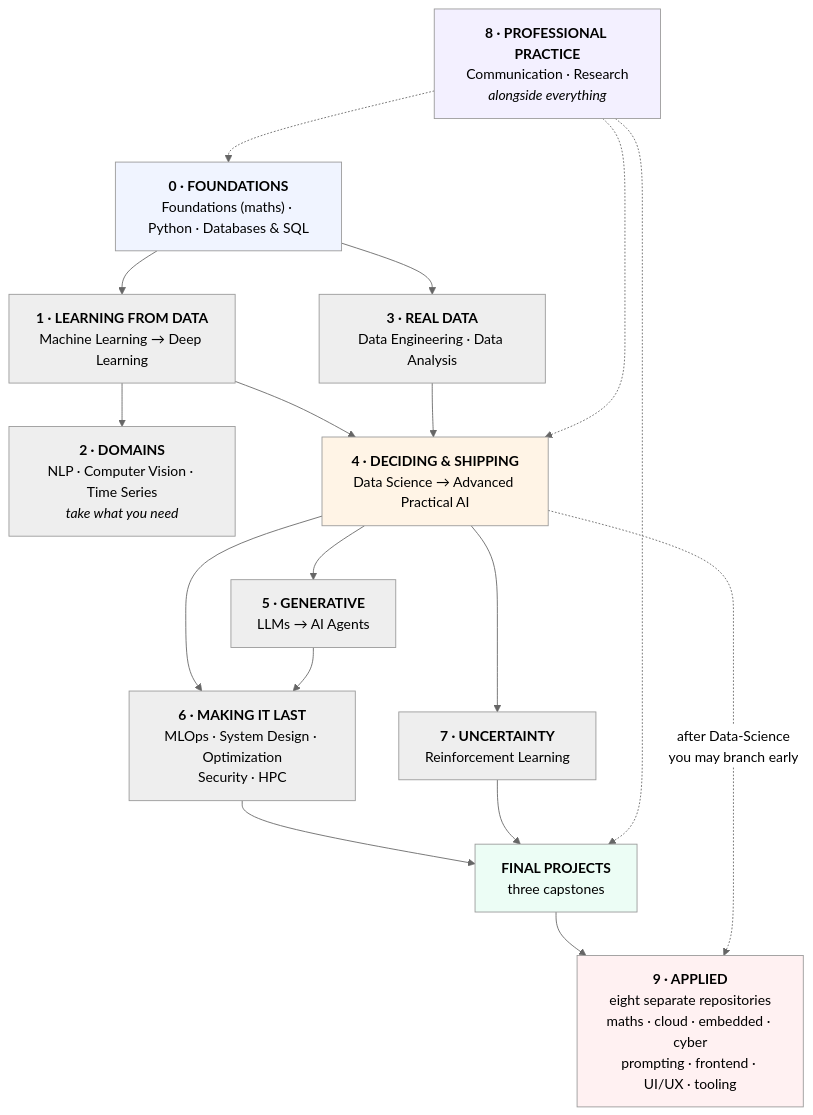
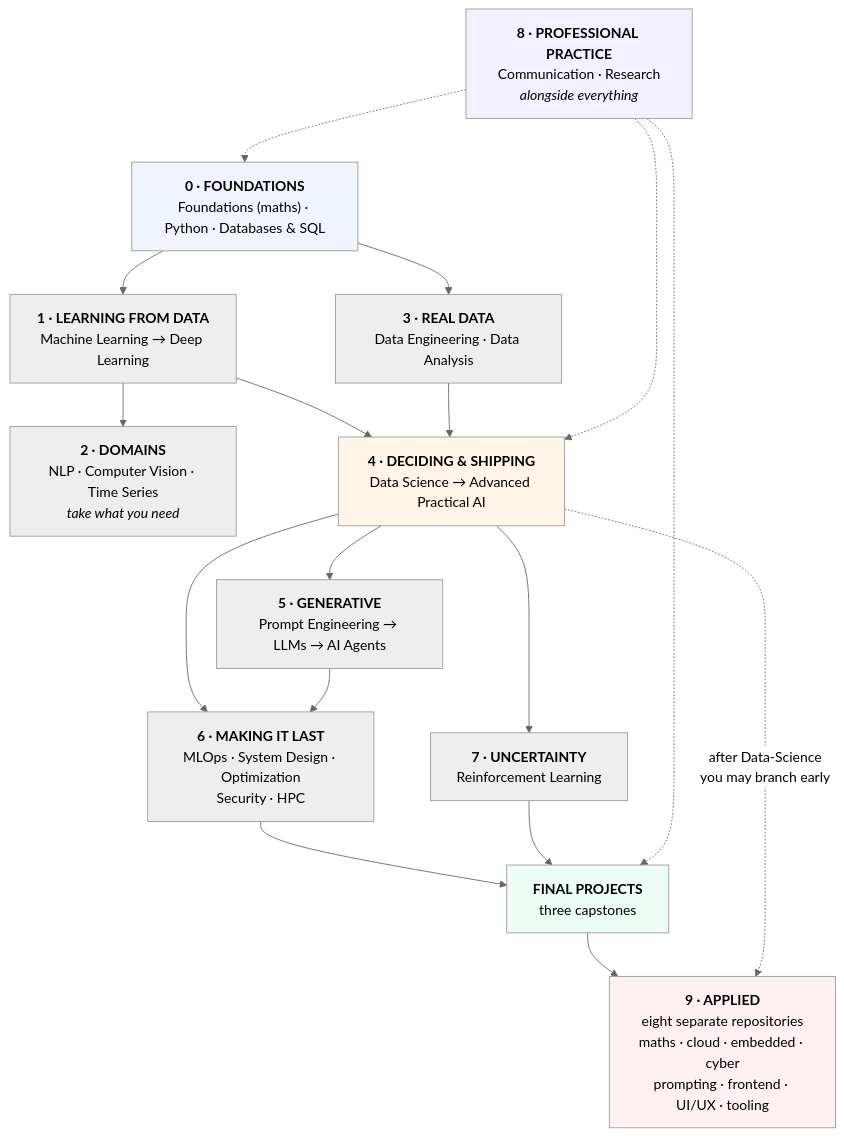
One commit to Tayel-Ai-Labs-Courses/Advanced-AI changed the diagram in CURRICULUM.md. Above: the diagram before and after it, drawn with Mermaid (neutral theme). The commit also changed other lines of this file and 26 other files, not shown here.

First line of the commit message:
Add Prompt-Engineering (basics) as course 14, first in Block 5

````diff
--- a/CURRICULUM.md
+++ b/CURRICULUM.md
@@ -19,24 +19,24 @@
 ```mermaid
 flowchart TD
     B0["<b>0 · FOUNDATIONS</b><br/>Foundations (maths) · Python · Databases &amp; SQL"] --> B1["<b>1 · LEARNING FROM DATA</b><br/>Machine Learning → Deep Learning"]
     B1 --> B2["<b>2 · DOMAINS</b><br/>NLP · Computer Vision · Time Series<br/><i>take what you need</i>"]
     B0 --> B3["<b>3 · REAL DATA</b><br/>Data Engineering · Data Analysis"]
     B1 --> B4["<b>4 · DECIDING &amp; SHIPPING</b><br/>Data Science → Advanced Practical AI"]
     B3 --> B4
-    B4 --> B5["<b>5 · GENERATIVE</b><br/>LLMs → AI Agents"]
+    B4 --> B5["<b>5 · GENERATIVE</b><br/>Prompt Engineering → LLMs → AI Agents"]
     B4 --> B6["<b>6 · MAKING IT LAST</b><br/>MLOps · System Design · Optimization<br/>Security · HPC"]
     B5 --> B6
     B4 --> B7["<b>7 · UNCERTAINTY</b><br/>Reinforcement Learning"]
     B6 --> CAP["<b>FINAL PROJECTS</b><br/>three capstones"]
     B7 --> CAP
     B8["<b>8 · PROFESSIONAL PRACTICE</b><br/>Communication · Research<br/><i>alongside everything</i>"] -.-> B0
     B8 -.-> B4
     B8 -.-> CAP
     CAP --> SP["<b>9 · APPLIED</b><br/>eight separate repositories<br/>maths · cloud · embedded · cyber<br/>prompting · frontend · UI/UX · tooling"]
     B4 -.->|"after Data-Science<br/>you may branch early"| SP
     style B0 fill:#f0f4ff
     style B4 fill:#fff4e6
     style B8 fill:#f3f0ff
     style CAP fill:#ecfdf5
     style SP fill:#fff1f2
 ```
````
